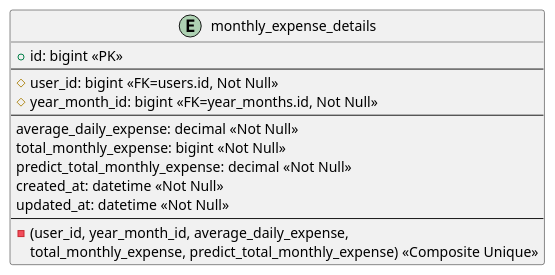
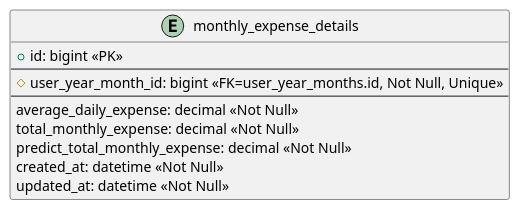
The diagram in Plantuml/tables/monthly_expense_details.puml (ZoveRKI/BookKeeping), drawn with PlantUML before and after one commit. The commit also changed 4 other files, not shown here.

Commit message:
fix: plantuml

```diff
--- a/Plantuml/tables/monthly_expense_details.puml
+++ b/Plantuml/tables/monthly_expense_details.puml
@@ -1,19 +1,15 @@
 @startuml monthly_expense_details
 
 entity "monthly_expense_details" as monthly_expense_details {
     + id: bigint <<PK>>
     --
-    # user_id: bigint <<FK=users.id, Not Null>>
-    # year_month_id: bigint <<FK=year_months.id, Not Null>>
+    # user_year_month_id: bigint <<FK=user_year_months.id, Not Null, Unique>>
     --
     average_daily_expense: decimal <<Not Null>>
-    total_monthly_expense: bigint <<Not Null>>
+    total_monthly_expense: decimal <<Not Null>>
     predict_total_monthly_expense: decimal <<Not Null>>
     created_at: datetime <<Not Null>>
     updated_at: datetime <<Not Null>>
-    --
-    - (user_id, year_month_id, average_daily_expense,
-    total_monthly_expense, predict_total_monthly_expense) <<Composite Unique>>
 }
 
 @enduml
```
